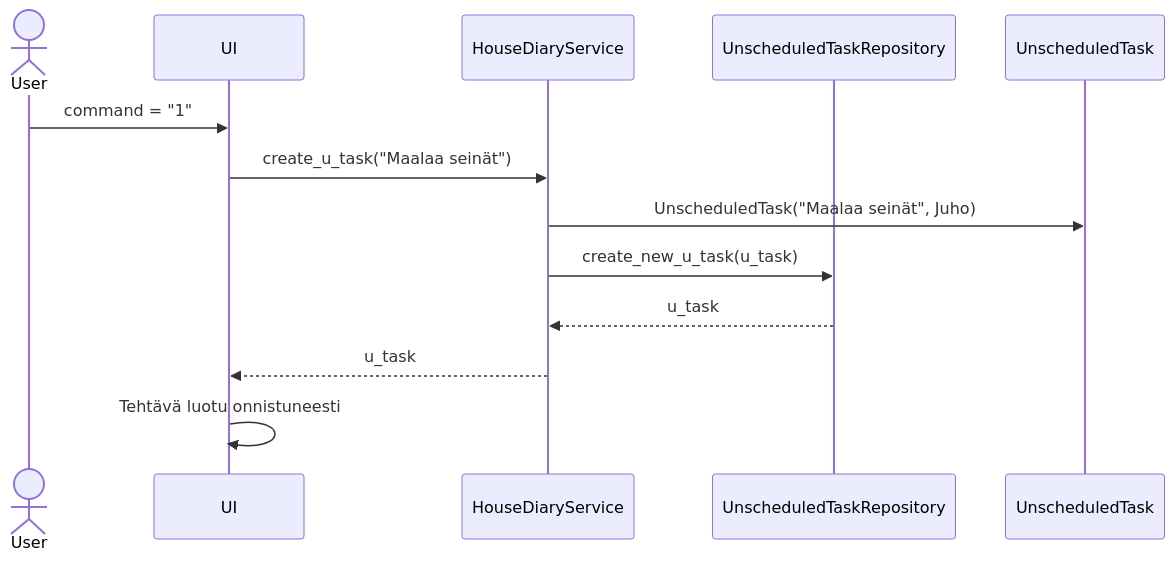
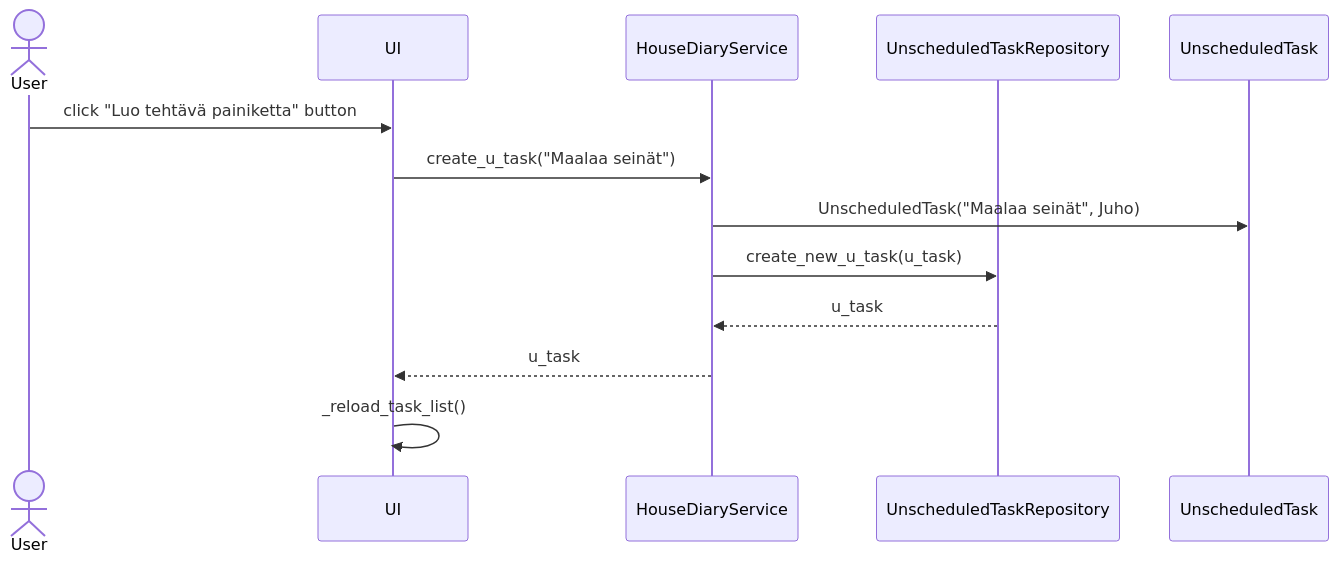
One commit to RGH84/ot-harkkatyo changed the third of 3 diagrams in housediary/dokumentaatio/arkkitehtuuri.md. Above: the diagram before and after it, drawn with Mermaid. The commit also changed other lines of this file, not shown here.

````diff
--- a/housediary/dokumentaatio/arkkitehtuuri.md
+++ b/housediary/dokumentaatio/arkkitehtuuri.md
@@ -94,15 +110,15 @@
 ```mermaid
 sequenceDiagram
   actor User
   participant UI
   participant HouseDiaryService
   participant UnscheduledTaskRepository
   participant UnscheduledTask
-  User->>UI: command = "1"
+  User->>UI: click "Luo tehtävä painiketta" button
   UI->>HouseDiaryService: create_u_task("Maalaa seinät")
   HouseDiaryService->>UnscheduledTask: UnscheduledTask("Maalaa seinät", Juho)
   HouseDiaryService->>UnscheduledTaskRepository: create_new_u_task(u_task)
   UnscheduledTaskRepository-->>HouseDiaryService: u_task
   HouseDiaryService-->>UI: u_task 
-  UI->>UI: Tehtävä luotu onnistuneesti
+  UI->>UI: _reload_task_list()
 ```
````
